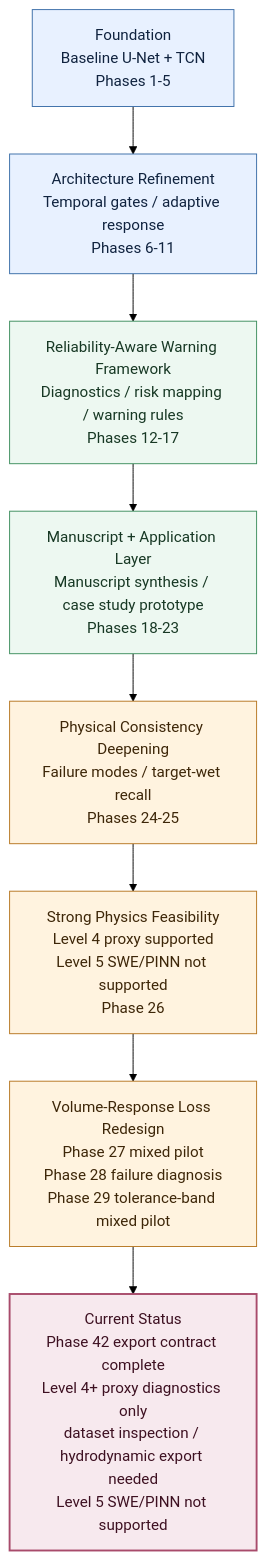
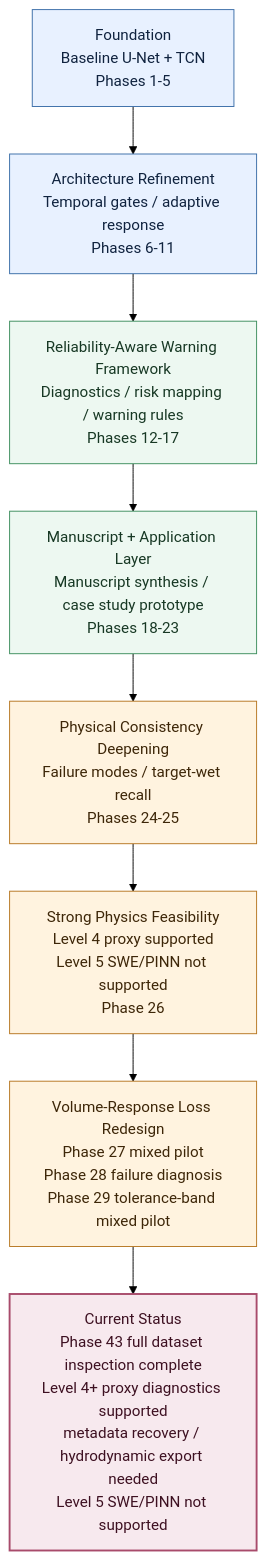
The second of 3 diagrams in README.md (HolyLin990604/physics-guided-urban-flood-prediction), drawn with Mermaid (forest theme) before and after one commit. The commit also changed other lines of this file and 2 other files, not shown here.

Commit message:
docs: sync phase43 urbanflood24 full dataset inspection status

````diff
--- a/README.md
+++ b/README.md
@@ -28,18 +28,18 @@
 ```mermaid
 flowchart TB
     A["Foundation<br/>Baseline U-Net + TCN<br/>Phases 1-5"]:::foundation
     B["Architecture Refinement<br/>Temporal gates / adaptive response<br/>Phases 6-11"]:::foundation
     C["Reliability-Aware Warning Framework<br/>Diagnostics / risk mapping / warning rules<br/>Phases 12-17"]:::reliability
     D["Manuscript + Application Layer<br/>Manuscript synthesis / case study prototype<br/>Phases 18-23"]:::reliability
     E["Physical Consistency Deepening<br/>Failure modes / target-wet recall<br/>Phases 24-25"]:::physics
     F["Strong Physics Feasibility<br/>Level 4 proxy supported<br/>Level 5 SWE/PINN not supported<br/>Phase 26"]:::physics
     G["Volume-Response Loss Redesign<br/>Phase 27 mixed pilot<br/>Phase 28 failure diagnosis<br/>Phase 29 tolerance-band mixed pilot"]:::physics
-    H["Current Status<br/>Phase 42 export contract complete<br/>Level 4+ proxy diagnostics only<br/>dataset inspection / hydrodynamic export needed<br/>Level 5 SWE/PINN not supported"]:::current
+    H["Current Status<br/>Phase 43 full dataset inspection complete<br/>Level 4+ proxy diagnostics supported<br/>metadata recovery / hydrodynamic export needed<br/>Level 5 SWE/PINN not supported"]:::current
 
     A --> B --> C --> D --> E --> F --> G --> H
 
     classDef foundation fill:#e8f1ff,stroke:#3b6ea8,stroke-width:1px,color:#10233f
     classDef reliability fill:#edf8f1,stroke:#3f8f5f,stroke-width:1px,color:#173824
     classDef physics fill:#fff3df,stroke:#b77722,stroke-width:1px,color:#3d2608
     classDef current fill:#f7e9ee,stroke:#a84b6b,stroke-width:2px,color:#3d1021
 ```
````
